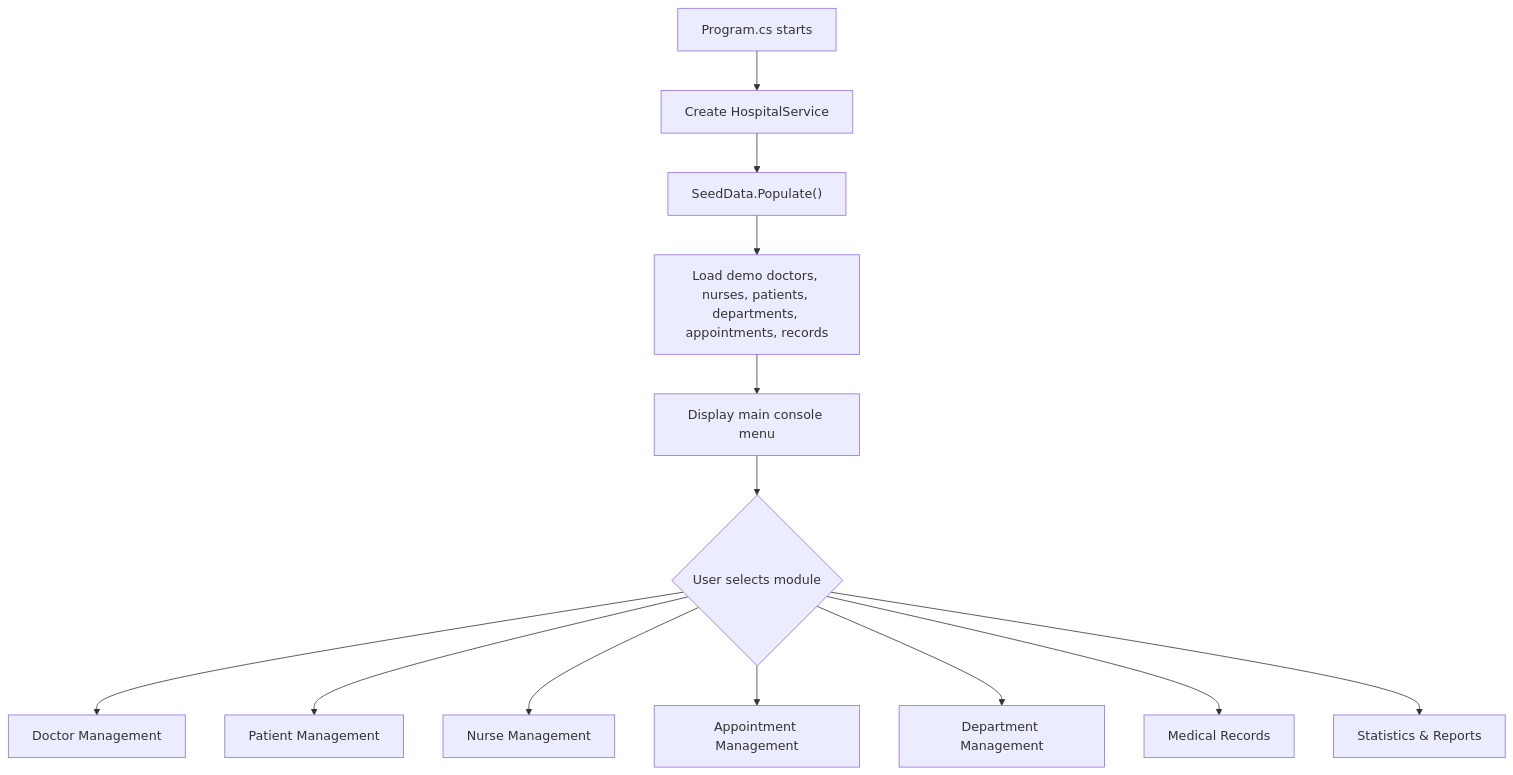
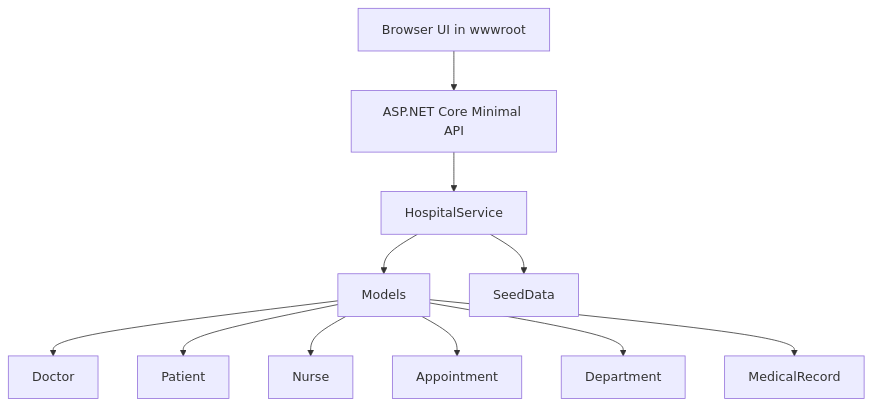
One commit to sabinakarimli/MedCore changed the first of 2 diagrams in README.md. Above: the diagram before and after it, drawn with Mermaid. The commit also changed other lines of this file and 7 other files, not shown here.

````diff
--- a/README.md
+++ b/README.md
@@ -100,15 +125,13 @@
 ```mermaid
 flowchart TD
-    A["Program.cs starts"] --> B["Create HospitalService"]
-    B --> C["SeedData.Populate()"]
-    C --> D["Load demo doctors, nurses, patients, departments, appointments, records"]
-    D --> E["Display main console menu"]
-    E --> F{"User selects module"}
-    F --> G["Doctor Management"]
-    F --> H["Patient Management"]
-    F --> I["Nurse Management"]
-    F --> J["Appointment Management"]
-    F --> K["Department Management"]
-    F --> L["Medical Records"]
-    F --> M["Statistics & Reports"]
+    A[Browser UI in wwwroot] --> B[ASP.NET Core Minimal API]
+    B --> C[HospitalService]
+    C --> D[Models]
+    C --> E[SeedData]
+    D --> F[Doctor]
+    D --> G[Patient]
+    D --> H[Nurse]
+    D --> I[Appointment]
+    D --> J[Department]
+    D --> K[MedicalRecord]
 ```
````
